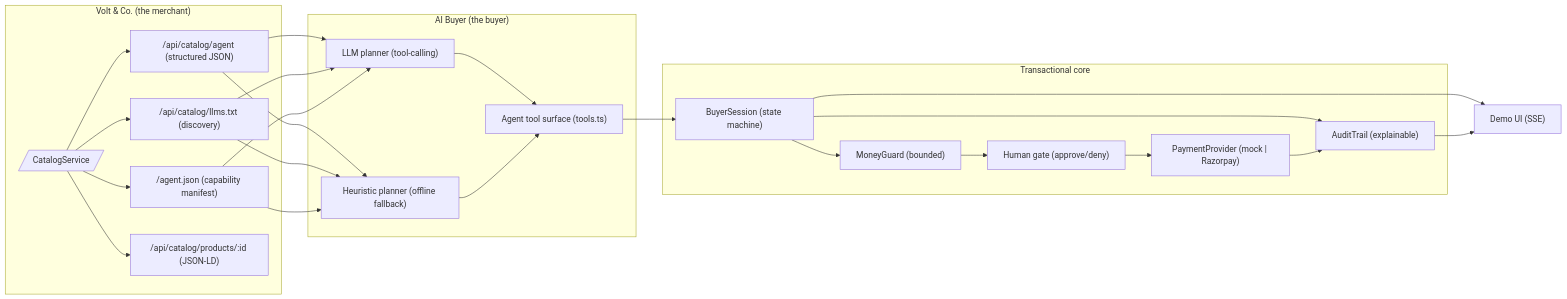
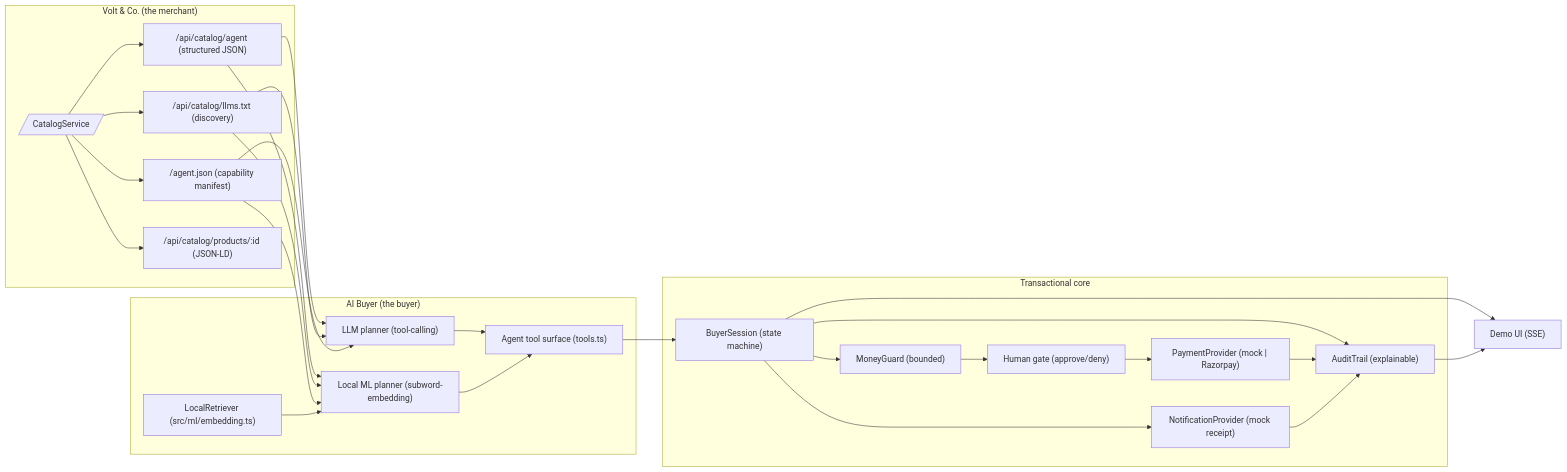
One commit to ak7cr/razor changed the first of 2 diagrams in docs/ARCHITECTURE.md. Above: the diagram before and after it, drawn with Mermaid. The commit also changed other lines of this file and 5 other files, not shown here.

````diff
--- a/docs/ARCHITECTURE.md
+++ b/docs/ARCHITECTURE.md
@@ -28,34 +28,38 @@
 ```mermaid
 flowchart LR
     subgraph Merchant["Volt & Co. (the merchant)"]
         CAT[/"CatalogService"/]
         SER1["/api/catalog/agent (structured JSON)"]
         SER2["/api/catalog/llms.txt (discovery)"]
         SER3["/agent.json (capability manifest)"]
         SER4["/api/catalog/products/:id (JSON-LD)"]
     end
 
     subgraph Agent["AI Buyer (the buyer)"]
         P1["LLM planner (tool-calling)"]
-        P2["Heuristic planner (offline fallback)"]
+        P2["Local ML planner (subword-embedding)"]
+        ML["LocalRetriever (src/ml/embedding.ts)"]
         TOOLS["Agent tool surface (tools.ts)"]
     end
 
     subgraph Core["Transactional core"]
         SES["BuyerSession (state machine)"]
         GUARD["MoneyGuard (bounded)"]
         GATE["Human gate (approve/deny)"]
         AUDIT["AuditTrail (explainable)"]
         PAY["PaymentProvider (mock | Razorpay)"]
+        NOTIFY["NotificationProvider (mock receipt)"]
     end
 
     CAT --> SER1 & SER2 & SER3 & SER4
     SER1 & SER2 & SER3 --> P1 & P2
+    ML --> P2
     P1 & P2 --> TOOLS
     TOOLS --> SES
     SES --> GUARD --> GATE --> PAY
     SES --> AUDIT
     PAY --> AUDIT
+    SES --> NOTIFY --> AUDIT
     SES --> UI["Demo UI (SSE)"]
     AUDIT --> UI
 ```
````
